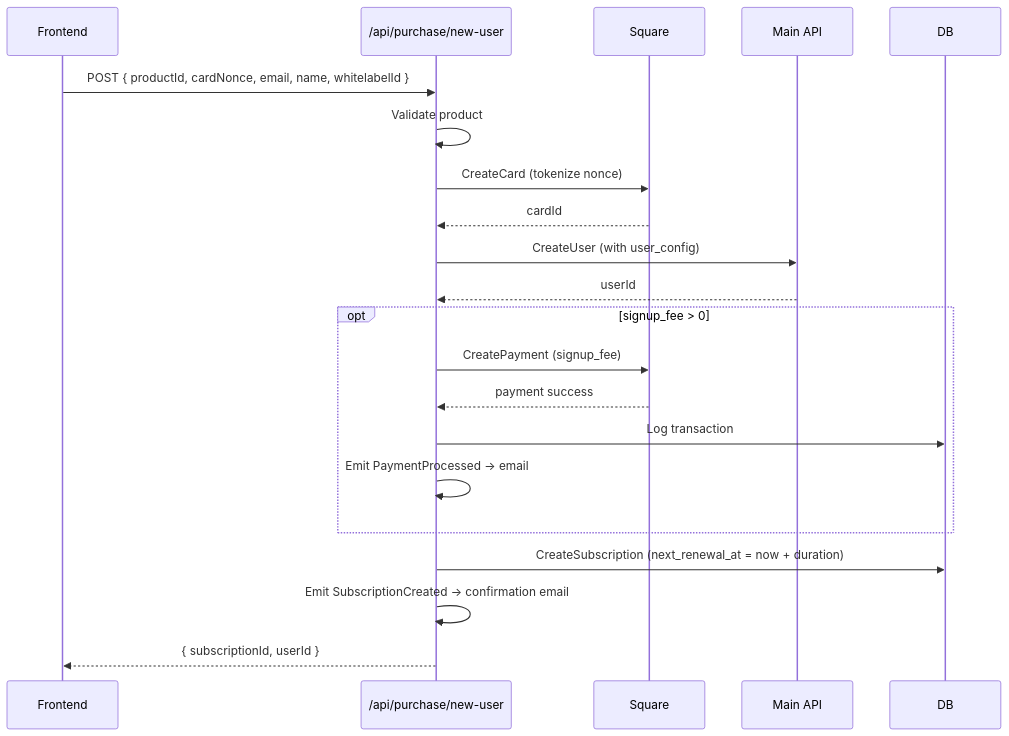
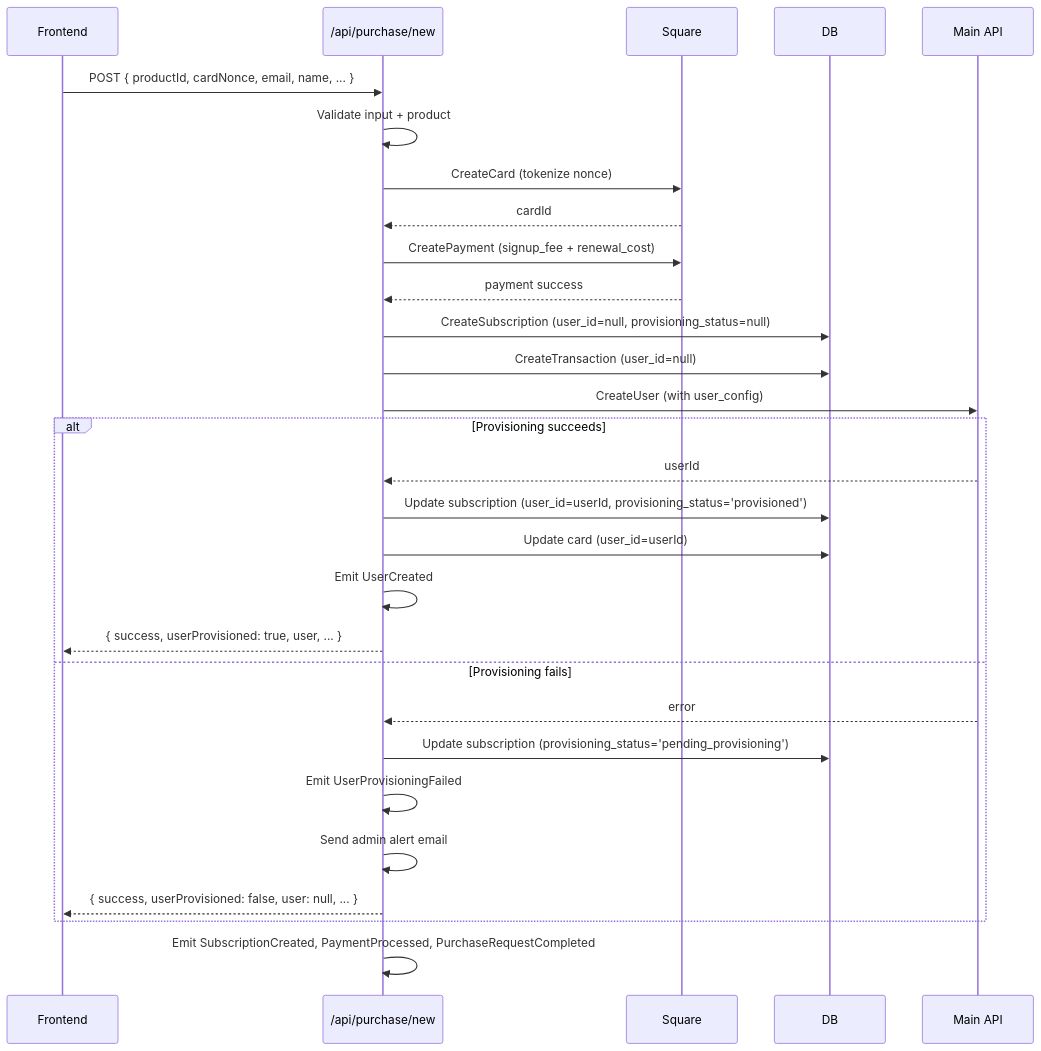
Before and after one commit to DBMGrow/cashoffers-billing: the first of 2 diagrams in docs/system/data-flows/purchase-flow.md, drawn with Mermaid. The commit also changed other lines of this file and 22 other files, not shown here.

First line of the commit message:
feat(subscription): implement payment-first architecture for new user purchases

````diff
--- a/docs/system/data-flows/purchase-flow.md
+++ b/docs/system/data-flows/purchase-flow.md
@@ -5,24 +9,32 @@
 ```mermaid
 sequenceDiagram
   participant FE as Frontend
-  participant API as /api/purchase/new-user
+  participant API as /api/purchase/new
   participant Square
+  participant DB
   participant MainAPI as Main API
-  participant DB
 
-  FE->>API: POST { productId, cardNonce, email, name, whitelabelId }
-  API->>API: Validate product
+  FE->>API: POST { productId, cardNonce, email, name, ... }
+  API->>API: Validate input + product
   API->>Square: CreateCard (tokenize nonce)
   Square-->>API: cardId
+  API->>Square: CreatePayment (signup_fee + renewal_cost)
+  Square-->>API: payment success
+  API->>DB: CreateSubscription (user_id=null, provisioning_status=null)
+  API->>DB: CreateTransaction (user_id=null)
   API->>MainAPI: CreateUser (with user_config)
-  MainAPI-->>API: userId
-  opt signup_fee > 0
-    API->>Square: CreatePayment (signup_fee)
-    Square-->>API: payment success
-    API->>DB: Log transaction
-    API->>API: Emit PaymentProcessed → email
+  alt Provisioning succeeds
+    MainAPI-->>API: userId
+    API->>DB: Update subscription (user_id=userId, provisioning_status='provisioned')
+    API->>DB: Update card (user_id=userId)
+    API->>API: Emit UserCreated
+    API-->>FE: { success, userProvisioned: true, user, ... }
+  else Provisioning fails
+    MainAPI-->>API: error
+    API->>DB: Update subscription (provisioning_status='pending_provisioning')
+    API->>API: Emit UserProvisioningFailed
+    API->>API: Send admin alert email
+    API-->>FE: { success, userProvisioned: false, user: null, ... }
   end
-  API->>DB: CreateSubscription (next_renewal_at = now + duration)
-  API->>API: Emit SubscriptionCreated → confirmation email
-  API-->>FE: { subscriptionId, userId }
+  API->>API: Emit SubscriptionCreated, PaymentProcessed, PurchaseRequestCompleted
 ```
````
